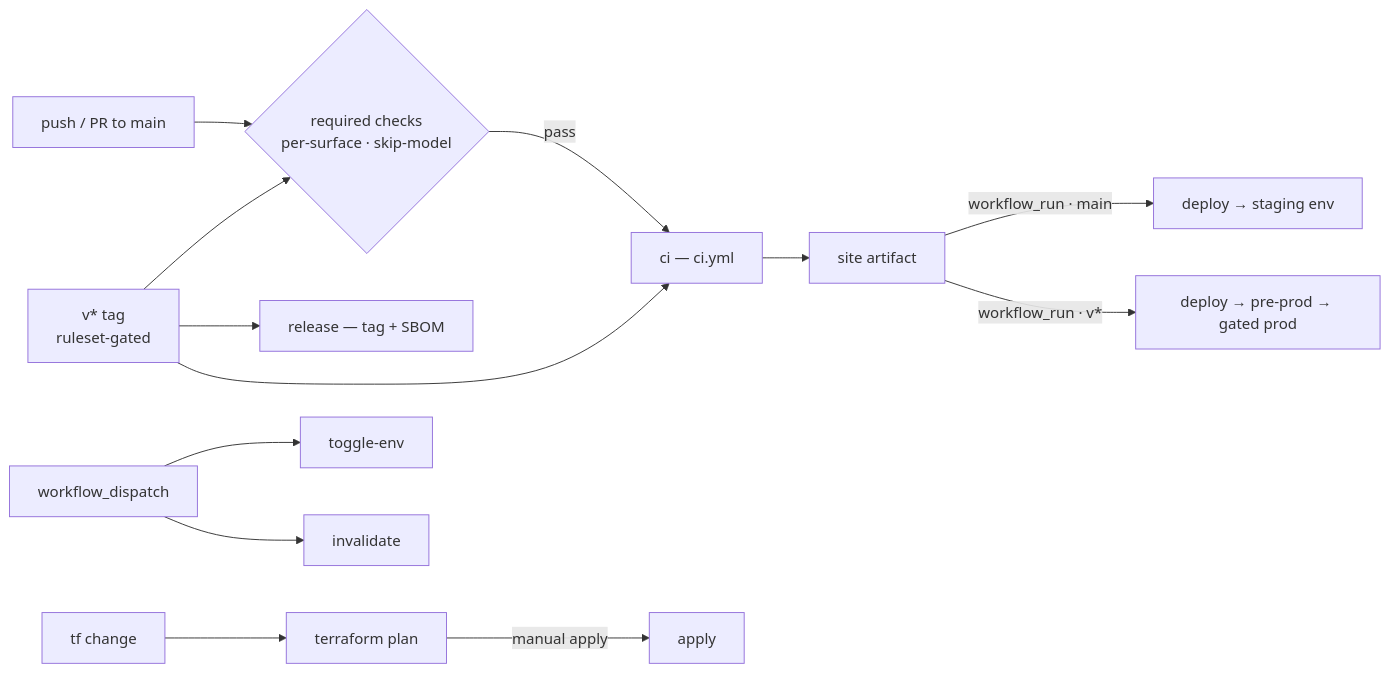
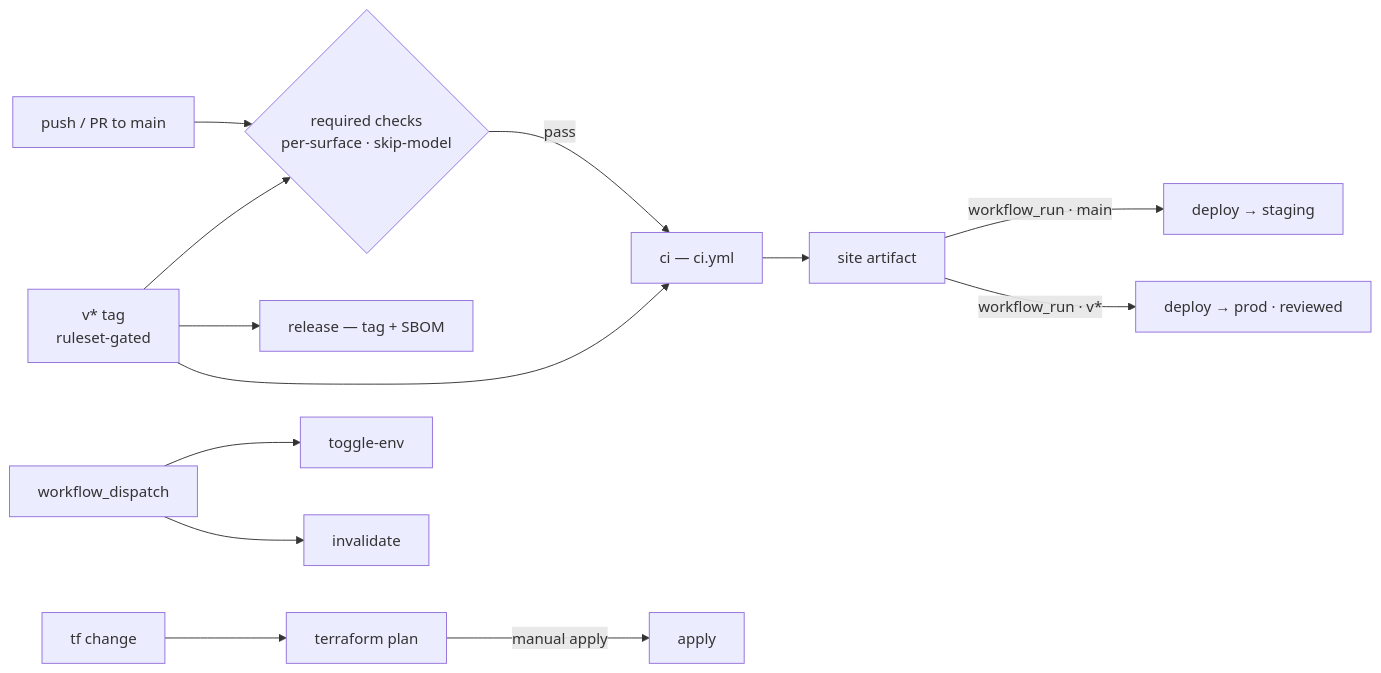
Before and after one commit to mathewmusango/my-portfolio: the fourth of 4 diagrams in docs/en/atlas/platform-architecture.md, drawn with Mermaid. The commit also changed other lines of this file and 16 other files, not shown here.

First line of the commit message:
ci: one deploy workflow for staging + prod, both prod planes gated (#57) (#70)

````diff
--- a/docs/en/atlas/platform-architecture.md
+++ b/docs/en/atlas/platform-architecture.md
@@ -76,13 +76,13 @@
 ```mermaid
 flowchart LR
     M[push / PR to main] --> C{required checks<br/>per-surface · skip-model}
     V[v* tag<br/>ruleset-gated] --> C
     C -->|pass| B[ci — ci.yml]
     V --> B
     B --> A[site artifact]
-    A -->|workflow_run · main| S[deploy → staging env]
-    A -->|workflow_run · v*| P[deploy → pre-prod → gated prod]
+    A -->|workflow_run · main| S[deploy → staging]
+    A -->|workflow_run · v*| P[deploy → prod · reviewed]
     V --> R[release — tag + SBOM]
     T[tf change] --> TP[terraform plan] -->|manual apply| AP[apply]
     X[workflow_dispatch] --> TG[toggle-env] & INV[invalidate]
 ```
````
